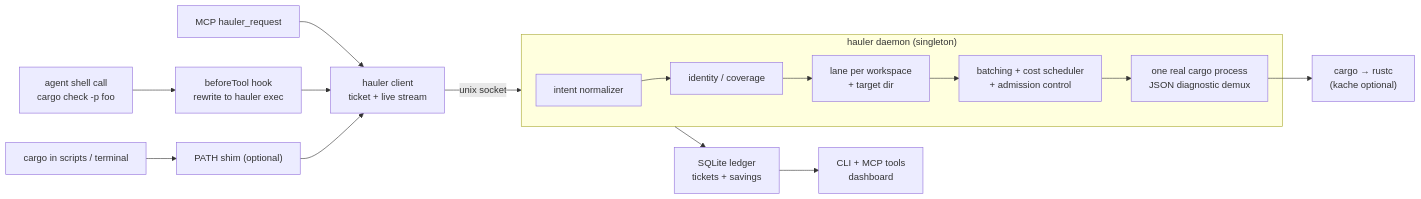
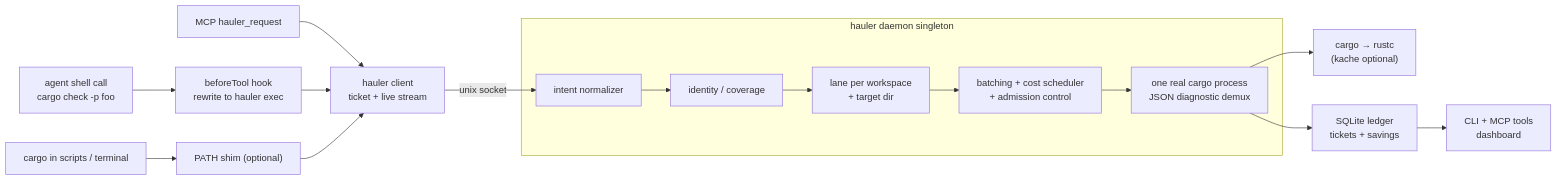
The diagram in README.md (ScriptedAlchemy/cargo-conductor), drawn with Mermaid before and after one commit.

Commit message:
docs: fix Mermaid flowchart compatibility

````diff
--- a/README.md
+++ b/README.md
@@ -62,18 +62,18 @@
 ```mermaid
 flowchart LR
   agent["agent shell call<br/>cargo check -p foo"] --> hook["beforeTool hook<br/>rewrite to hauler exec"]
   scripts["cargo in scripts / terminal"] --> shim["PATH shim (optional)"]
   mcp["MCP hauler_request"] --> client
   hook --> client["hauler client<br/>ticket + live stream"]
   shim --> client
-  client -->|unix socket| daemon
-  subgraph daemon["hauler daemon (singleton)"]
+  client -->|unix socket| normalizer
+  subgraph daemon [hauler daemon singleton]
     normalizer["intent normalizer"] --> matcher["identity / coverage"]
     matcher --> lanes["lane per workspace<br/>+ target dir"]
     lanes --> scheduler["batching + cost scheduler<br/>+ admission control"]
     scheduler --> executor["one real cargo process<br/>JSON diagnostic demux"]
   end
   executor --> cargo["cargo → rustc<br/>(kache optional)"]
-  daemon --> ledger["SQLite ledger<br/>tickets + savings"]
+  executor --> ledger["SQLite ledger<br/>tickets + savings"]
   ledger --> surfaces["CLI + MCP tools<br/>dashboard"]
 ```
````
